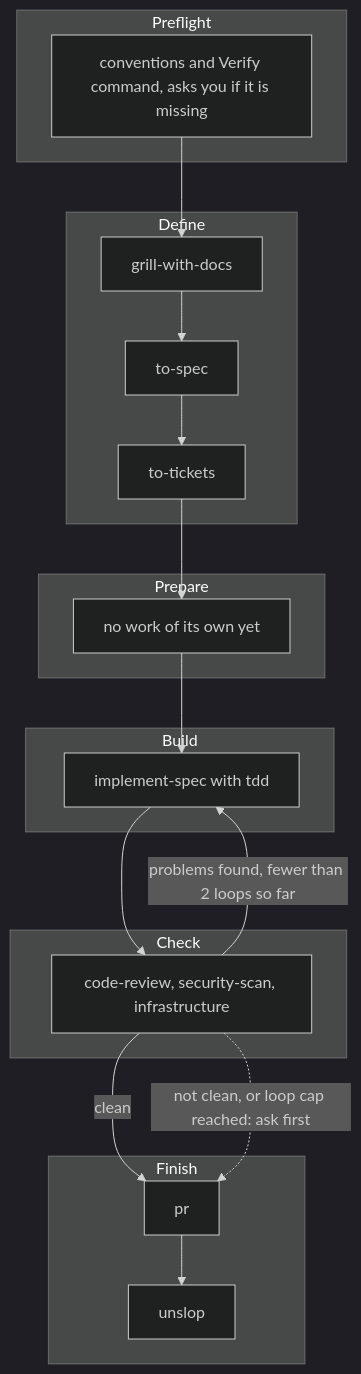
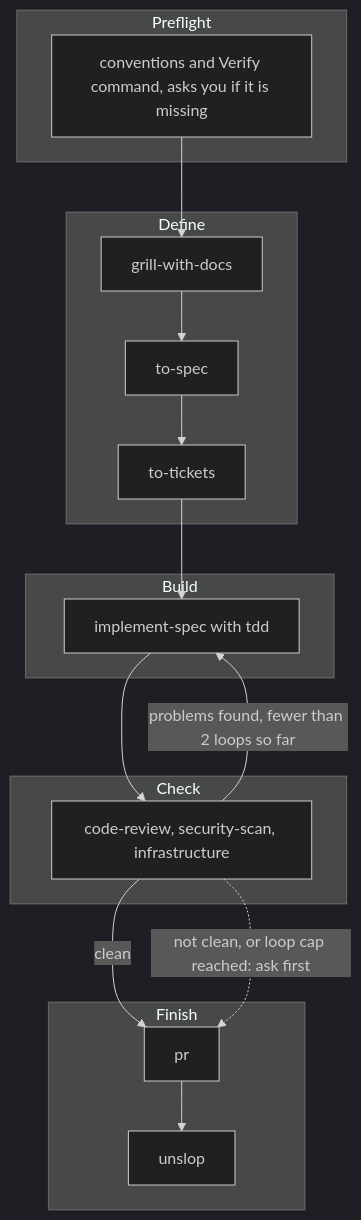
The diagram in README.md (TDSchreur/tds-factory), drawn with Mermaid (dark theme) before and after one commit. The commit also changed other lines of this file and 18 other files, not shown here.

````diff
--- a/README.md
+++ b/README.md
@@ -11,27 +11,24 @@
 ```mermaid
 flowchart TB
     subgraph Preflight
         P[conventions and Verify command, asks you if it is missing]
     end
     subgraph Define
         A[grill-with-docs] --> B[to-spec] --> C[to-tickets]
-    end
-    subgraph Prepare
-        D[no work of its own yet]
     end
     subgraph Build
         E[implement-spec with tdd]
     end
     subgraph Check
         F[code-review, security-scan, infrastructure]
     end
     subgraph Finish
         G[pr] --> H[unslop]
     end
 
     P --> A
-    C --> D --> E --> F
+    C --> E --> F
     F -->|problems found, fewer than 2 loops so far| E
     F -->|clean| G
     F -.->|not clean, or loop cap reached: ask first| G
 ```
````
